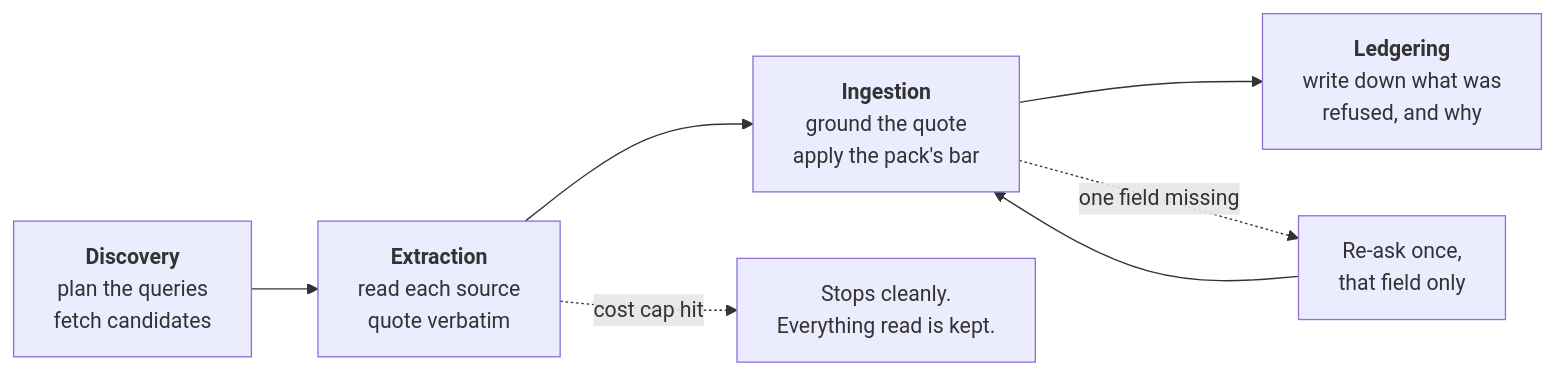
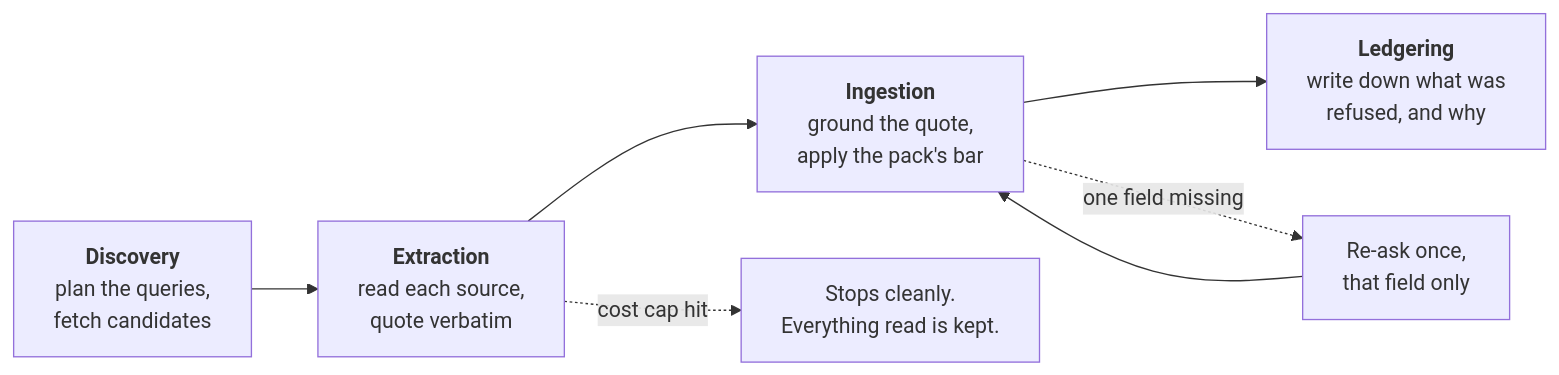
The third of 4 diagrams in docs/HOW_IT_WORKS.md (Berbadov/kriko), drawn with Mermaid before and after one commit. The commit also changed other lines of this file and 15 other files, not shown here.

````diff
--- a/docs/HOW_IT_WORKS.md
+++ b/docs/HOW_IT_WORKS.md
@@ -39,9 +47,9 @@
 ```mermaid
 flowchart LR
-    D["<b>Discovery</b><br/>plan the queries<br/>fetch candidates"] --> E["<b>Extraction</b><br/>read each source<br/>quote verbatim"]
-    E --> I["<b>Ingestion</b><br/>ground the quote<br/>apply the pack's bar"]
+    D["<b>Discovery</b><br/>plan the queries,<br/>fetch candidates"] --> E["<b>Extraction</b><br/>read each source,<br/>quote verbatim"]
+    E --> I["<b>Ingestion</b><br/>ground the quote,<br/>apply the pack's bar"]
     I --> L["<b>Ledgering</b><br/>write down what was<br/>refused, and why"]
     E -. "cost cap hit" .-> STOP["Stops cleanly.<br/>Everything read is kept."]
     I -. "one field missing" .-> R["Re-ask once,<br/>that field only"]
     R --> I
 ```
````
